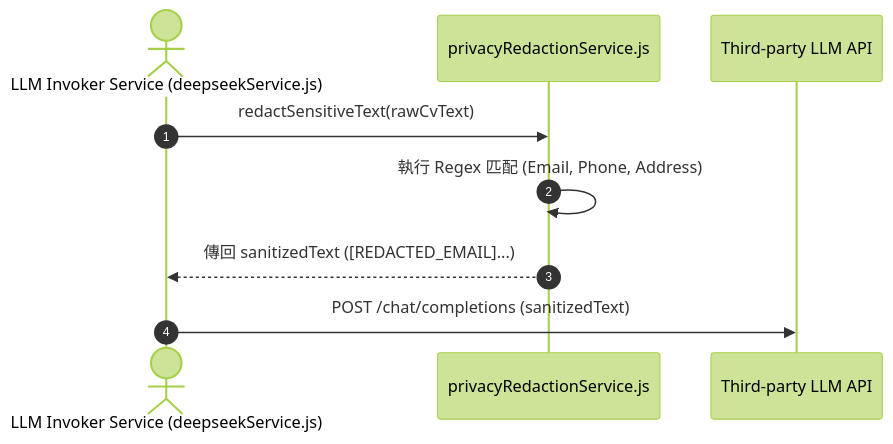
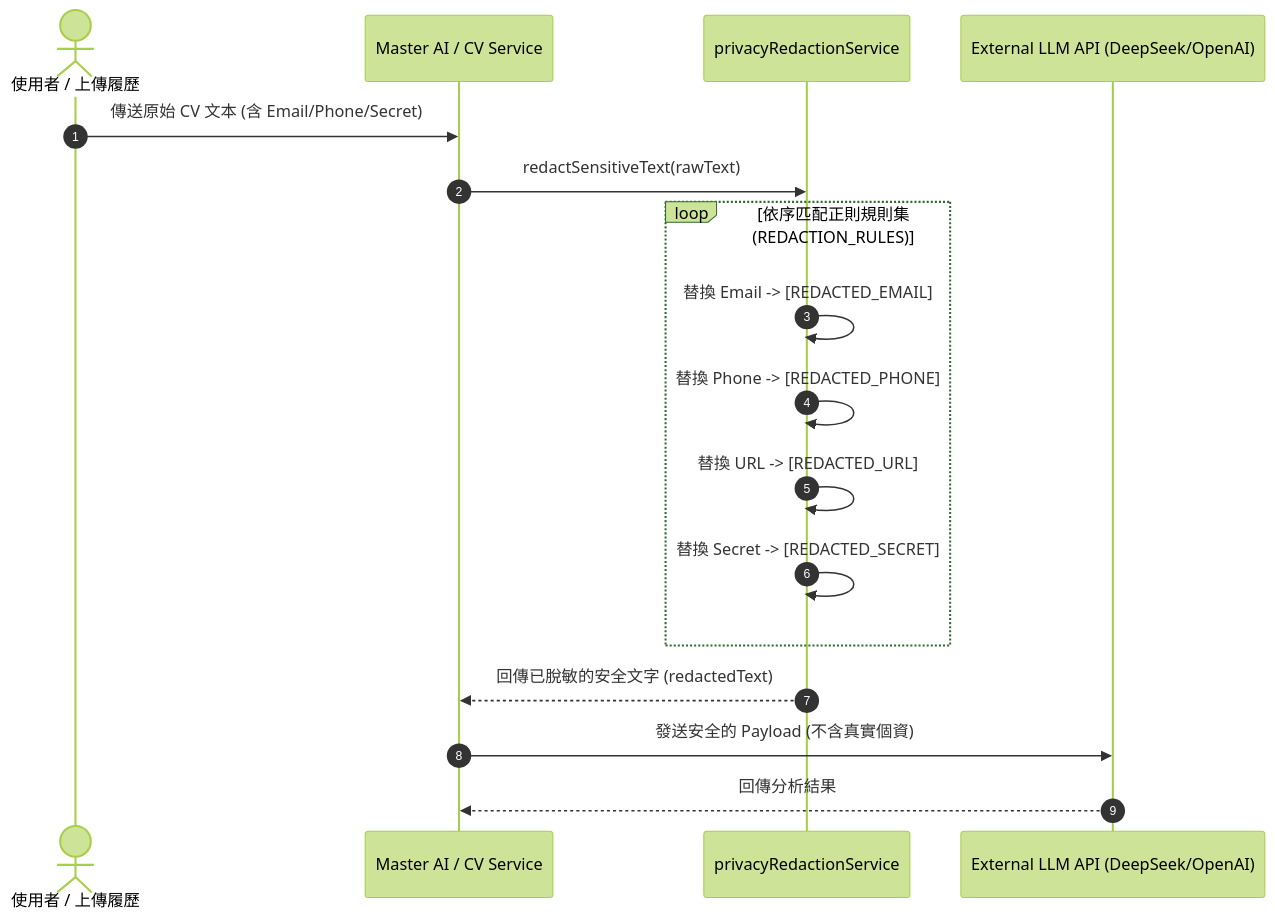
The diagram in docs/architecture-decision-records/features/F-08-privacy-pii-redaction.md (Alanho2025/Kiwi-AI-interview-Agent), drawn with Mermaid (forest theme) before and after one commit. The commit also changed other lines of this file and 74 other files, not shown here.

````diff
--- a/docs/architecture-decision-records/features/F-08-privacy-pii-redaction.md
+++ b/docs/architecture-decision-records/features/F-08-privacy-pii-redaction.md
@@ -48,12 +52,22 @@
 ```mermaid
 sequenceDiagram
     autonumber
-    actor Service as LLM Invoker Service (deepseekService.js)
-    participant Redact as privacyRedactionService.js
-    participant ExternalLLM as Third-party LLM API
+    actor User as 使用者 / 上傳履歷
+    participant Service as Master AI / CV Service
+    participant Redact as privacyRedactionService
+    participant LLM as External LLM API (DeepSeek/OpenAI)
 
-    Service->>Redact: redactSensitiveText(rawCvText)
-    Redact->>Redact: 執行 Regex 匹配 (Email, Phone, Address)
-    Redact-->>Service: 傳回 sanitizedText ([REDACTED_EMAIL]...)
-    Service->>ExternalLLM: POST /chat/completions (sanitizedText)
+    User->>Service: 傳送原始 CV 文本 (含 Email/Phone/Secret)
+    Service->>Redact: redactSensitiveText(rawText)
+    
+    loop 依序匹配正則規則集 (REDACTION_RULES)
+        Redact->>Redact: 替換 Email -> [REDACTED_EMAIL]
+        Redact->>Redact: 替換 Phone -> [REDACTED_PHONE]
+        Redact->>Redact: 替換 URL -> [REDACTED_URL]
+        Redact->>Redact: 替換 Secret -> [REDACTED_SECRET]
+    end
+
+    Redact-->>Service: 回傳已脫敏的安全文字 (redactedText)
+    Service->>LLM: 發送安全的 Payload (不含真實個資)
+    LLM-->>Service: 回傳分析結果
 ```
````
